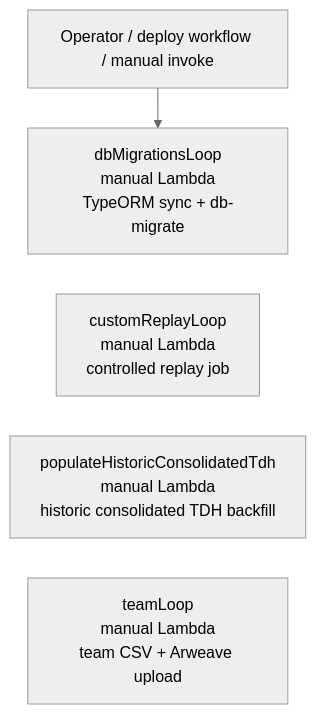
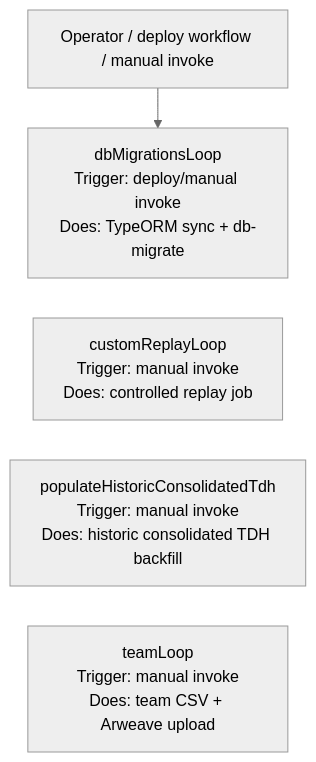
Diagram 14 of 16 in docs/architecture.md (6529-Collections/6529seize-backend), drawn with Mermaid (neutral theme) before and after one commit. The commit also changed other lines of this file, not shown here.

````diff
--- a/docs/architecture.md
+++ b/docs/architecture.md
@@ -207,11 +207,11 @@
 ```mermaid
 %%{init: {"flowchart": {"nodeSpacing": 24, "rankSpacing": 40, "curve": "basis"}} }%%
 flowchart TD
-  Operator["Operator / deploy workflow / manual invoke"] --> DbMigrationsLoop["dbMigrationsLoop<br/>manual Lambda<br/>TypeORM sync + db-migrate"]
-  CustomReplayLoop["customReplayLoop<br/>manual Lambda<br/>controlled replay job"]
-  PopulateHistoricConsolidatedTdh["populateHistoricConsolidatedTdh<br/>manual Lambda<br/>historic consolidated TDH backfill"]
-  TeamLoop["teamLoop<br/>manual Lambda<br/>team CSV + Arweave upload"]
+  Operator["Operator / deploy workflow / manual invoke"] --> DbMigrationsLoop["dbMigrationsLoop<br/>Trigger: deploy/manual invoke<br/>Does: TypeORM sync + db-migrate"]
+  CustomReplayLoop["customReplayLoop<br/>Trigger: manual invoke<br/>Does: controlled replay job"]
+  PopulateHistoricConsolidatedTdh["populateHistoricConsolidatedTdh<br/>Trigger: manual invoke<br/>Does: historic consolidated TDH backfill"]
+  TeamLoop["teamLoop<br/>Trigger: manual invoke<br/>Does: team CSV + Arweave upload"]
   DbMigrationsLoop ~~~ CustomReplayLoop
   CustomReplayLoop ~~~ PopulateHistoricConsolidatedTdh
   PopulateHistoricConsolidatedTdh ~~~ TeamLoop
 ```
````
